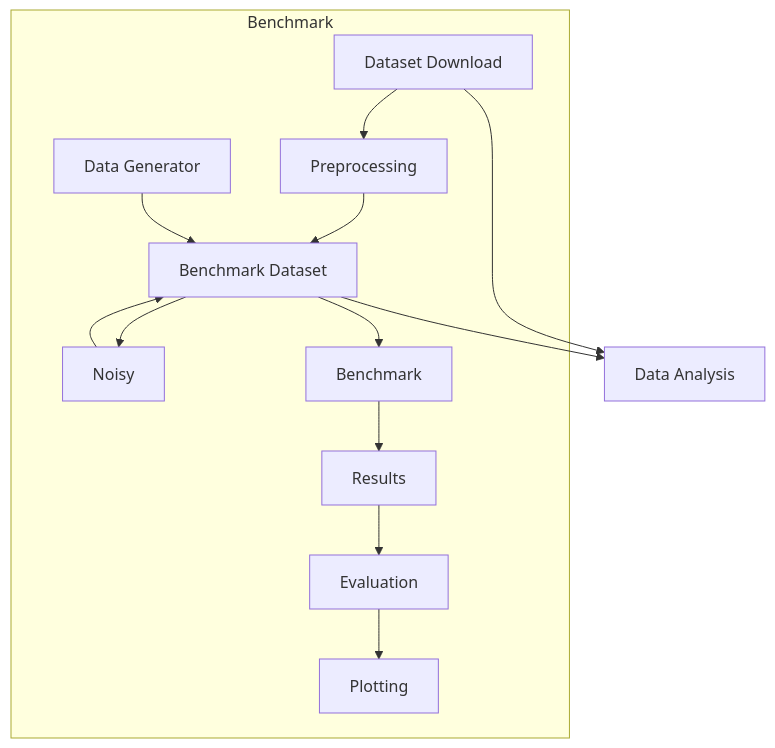
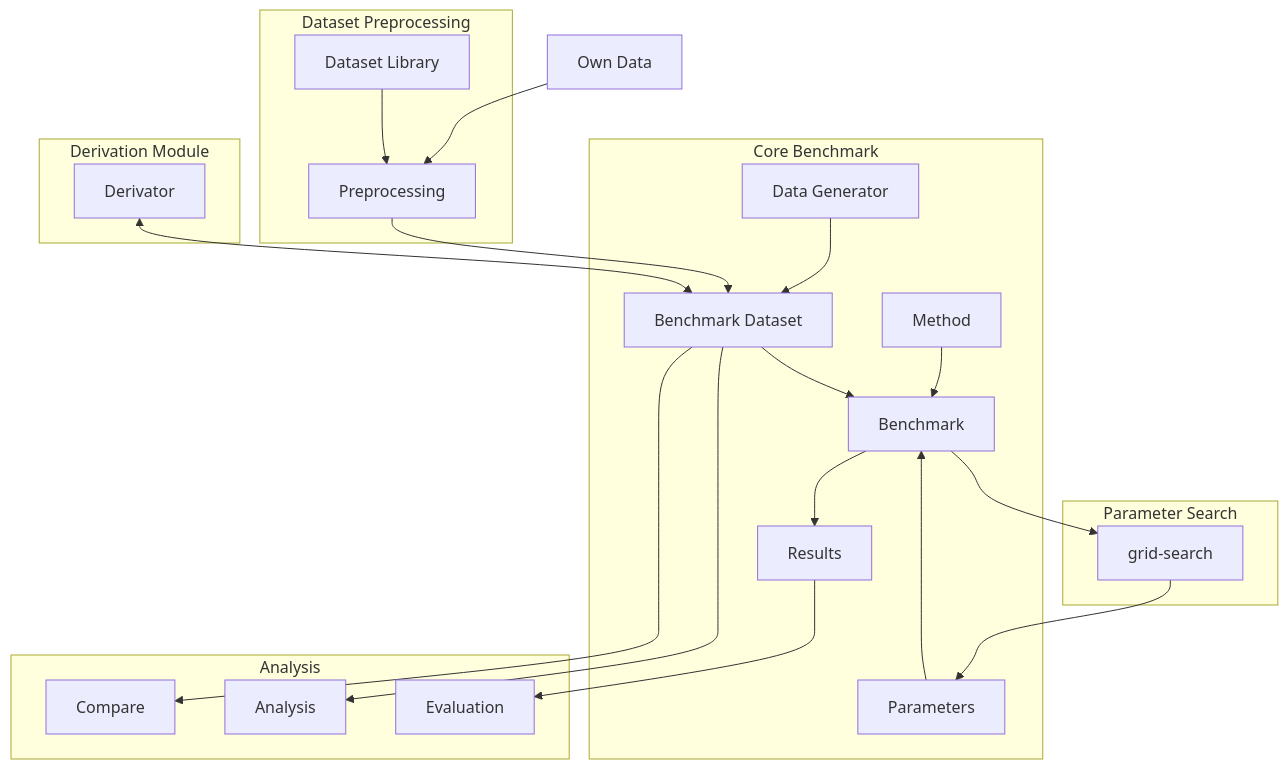
Before and after one commit to TUMT2022/LDIMBenchmark: the diagram in docs/story/index.md, drawn with Mermaid.

Commit message:
better mermaid overview

````diff
--- a/docs/story/index.md
+++ b/docs/story/index.md
@@ -1,17 +1,35 @@
 ```mermaid
 graph TD;
-  subgraph Benchmark
-    download[Dataset Download]-->preprocessing[Preprocessing];
-    preprocessing-->dataset[Benchmark Dataset];
+  own_dataset[Own Data]-->preprocessing[Preprocessing];
+
+  subgraph Core Benchmark
     generator[Data Generator]-->dataset;
-    dataset-->dataset_noise[Noisy];
-    dataset_noise-->dataset;
+
+    method[Method] --> benchmark
+    parameters[Parameters] --> benchmark
     dataset-->benchmark[Benchmark];
 
     benchmark-->results[Results];
+  end
+
+  subgraph Dataset Preprocessing
+    download[Dataset Library]-->preprocessing[Preprocessing];
+    preprocessing-->dataset[Benchmark Dataset];
+  end
+
+  subgraph Parameter Search
+    benchmark --> grid-search
+    grid-search --> parameters
+  end
+
+  subgraph Derivation Module
+     derivator[Derivator] <--> dataset
+
+  end
+
+  subgraph Analysis
+    dataset --> compare[Compare]
+    dataset --> analysis[Analysis]
     results-->evaluation[Evaluation];
-    evaluation-->plot[Plotting];
   end
-    download-->analysis[Data Analysis];
-    dataset-->analysis;
 ```
````
